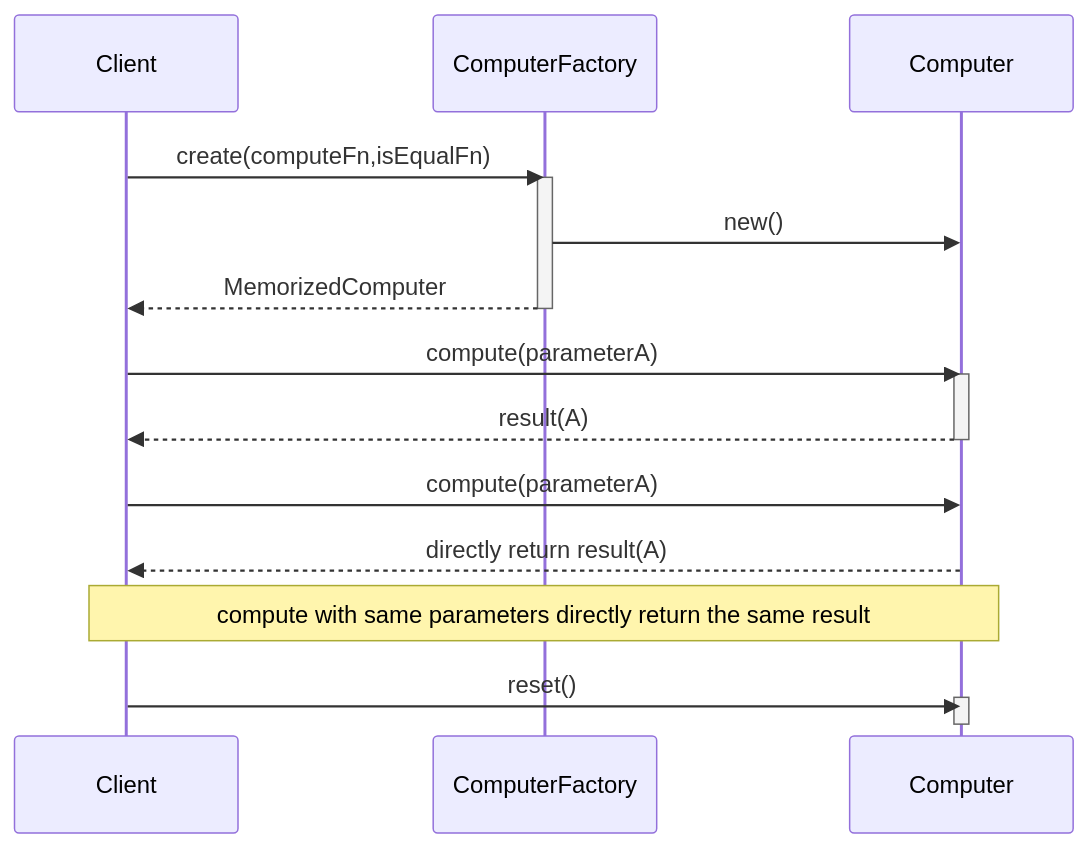
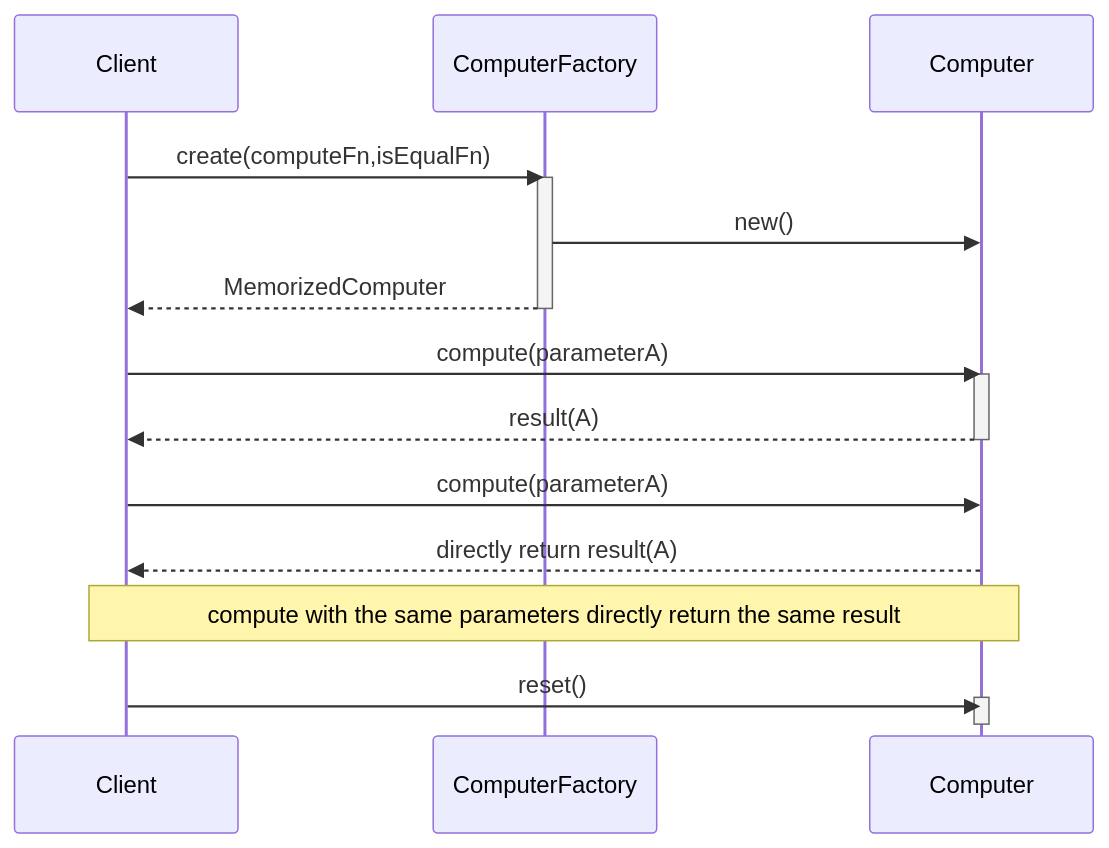
Before and after one commit to metasong/iam-data: the diagram in documents/MemorizedCompute Pattern_210.md, drawn with Mermaid.

````diff
--- a/documents/MemorizedCompute Pattern_210.md
+++ b/documents/MemorizedCompute Pattern_210.md
@@ -40,22 +40,22 @@
 ```mermaid
 sequenceDiagram
 	participant C as Client
     participant F as ComputerFactory
     participant P as Computer
     C->>F:create(computeFn,isEqualFn)
     activate F
     F->>P:new()
     F-->>C:MemorizedComputer
     deactivate F
     C->>P:compute(parameterA)
     activate P
     P-->>C:result(A)
     deactivate P
     C->>P:compute(parameterA)
     P-->>C:directly return result(A)
-    Note over C, P: compute with same parameters directly return the same result
+    Note over C, P: compute with the same parameters directly return the same result
     C->>P:reset()
     activate P
     deactivate P
     
 ```
````
